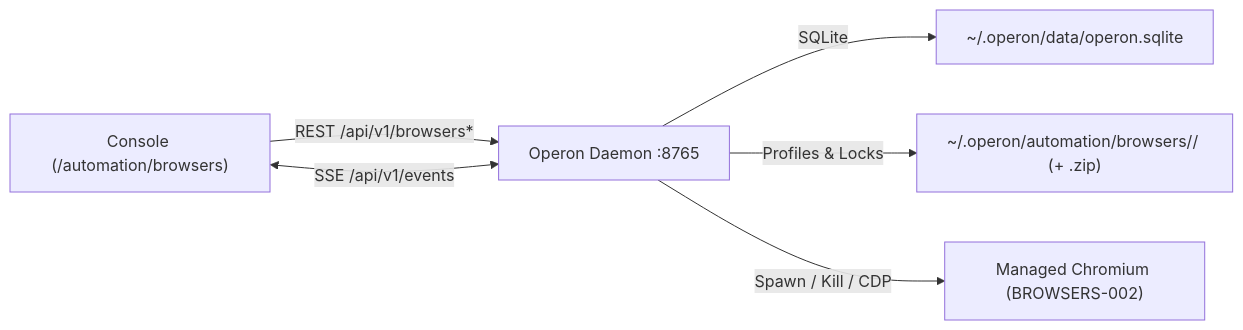
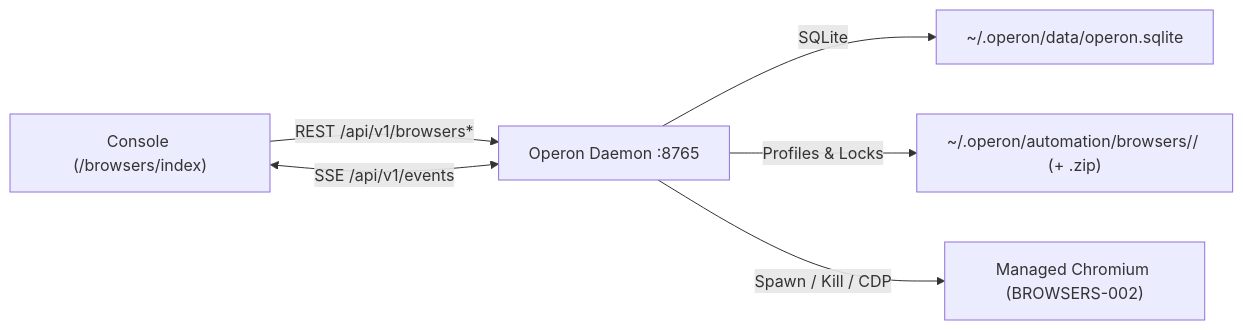
The first of 2 diagrams in docs/specs/006-browsers/001-crud.md (tuquet/operon), drawn with Mermaid before and after one commit. The commit also changed other lines of this file and 40 other files, not shown here.

````diff
--- a/docs/specs/006-browsers/001-crud.md
+++ b/docs/specs/006-browsers/001-crud.md
@@ -23,8 +23,8 @@
 ```mermaid
 flowchart LR
-    UI["Console (/automation/browsers)"] -->|REST /api/v1/browsers*| API["Operon Daemon :8765"]
+    UI["Console (/browsers/index)"] -->|REST /api/v1/browsers*| API["Operon Daemon :8765"]
     UI <-->|SSE /api/v1/events| API
     API -->|SQLite| DB["~/.operon/data/operon.sqlite"]
     API -->|Profiles & Locks| FS["~/.operon/automation/browsers/<id>/ (+ .zip)"]
     API -->|Spawn / Kill / CDP| CHR["Managed Chromium (BROWSERS-002)"]
 ```
````
